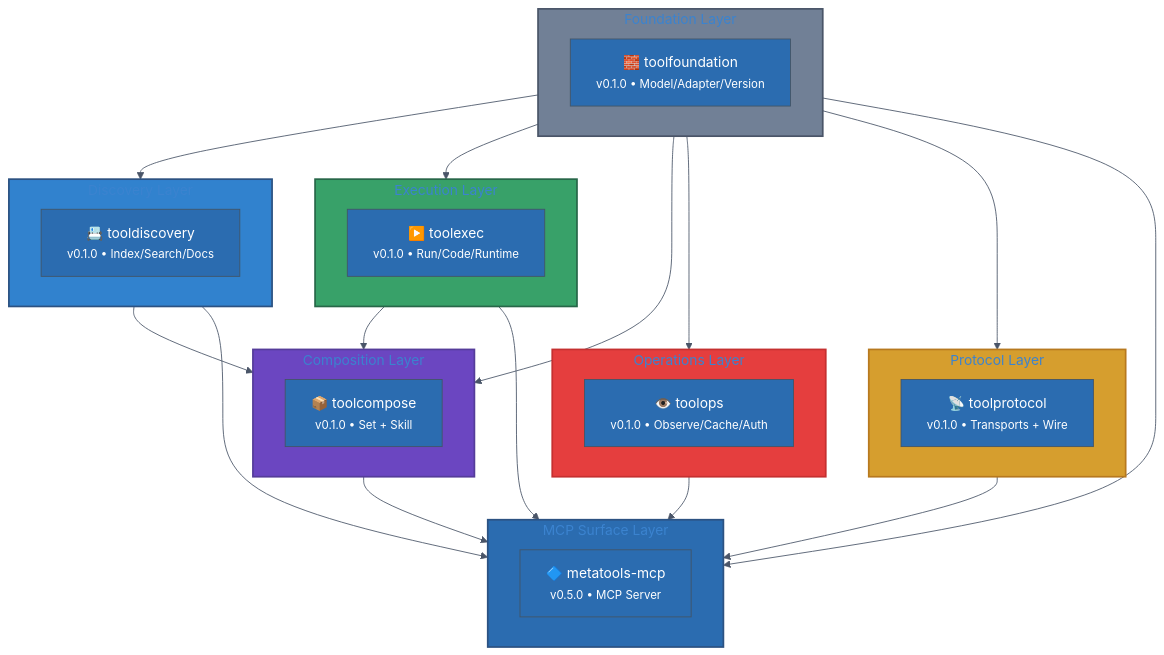
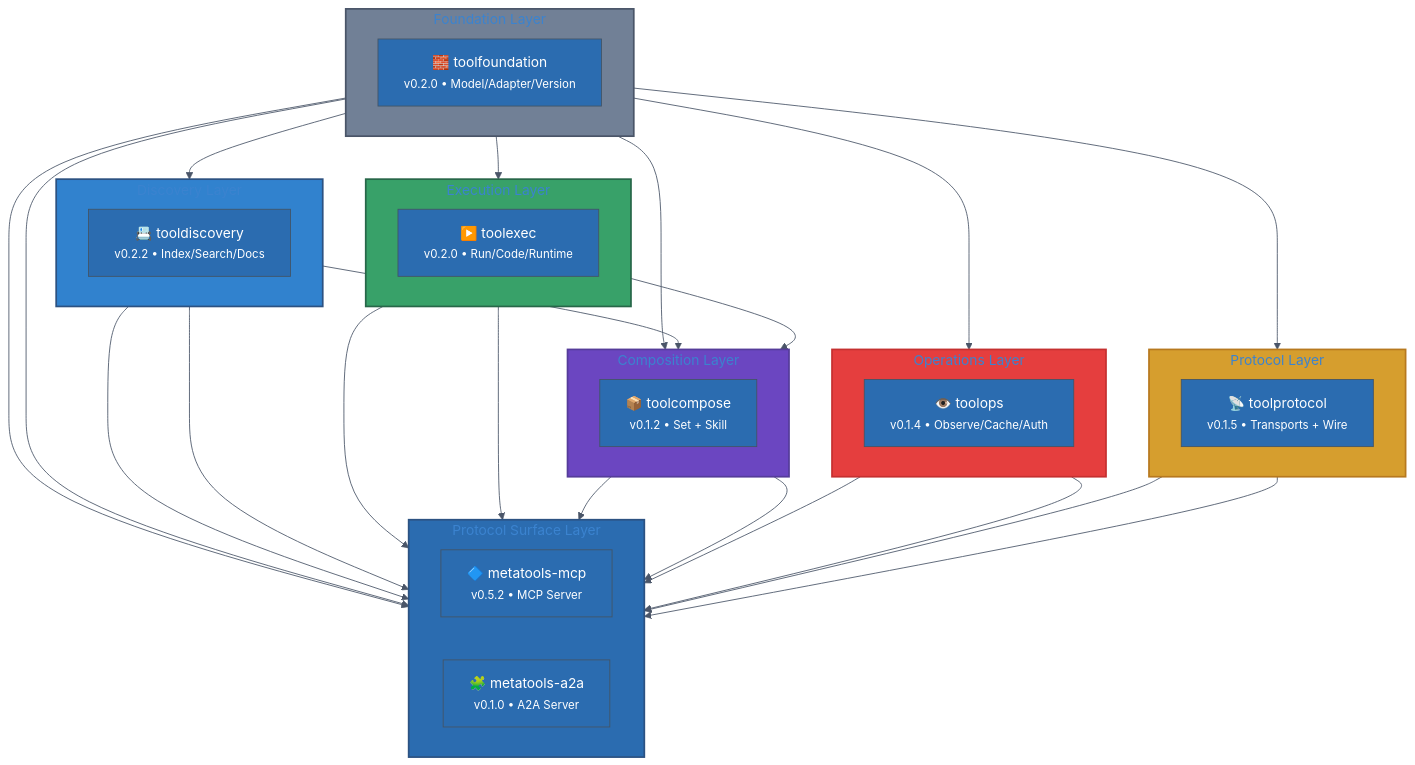
Before and after one commit to jonwraymond/ai-tools-stack: the second of 7 diagrams in docs/architecture/overview.md, drawn with Mermaid. The commit also changed other lines of this file and 34 other files, not shown here.

````diff
--- a/docs/architecture/overview.md
+++ b/docs/architecture/overview.md
@@ -52,62 +60,70 @@
 ```mermaid
 %%{init: {'theme': 'base', 'themeVariables': {'primaryColor': '#2b6cb0', 'primaryTextColor': '#fff', 'lineColor': '#4a5568'}}}%%
 flowchart TB
-    subgraph surface["MCP Surface Layer"]
+    subgraph surface["Protocol Surface Layer"]
         direction LR
-        metatools["🔷 metatools-mcp<br/><small>v0.5.0 • MCP Server</small>"]
+        metatools["🔷 metatools-mcp<br/><small>v0.5.2 • MCP Server</small>"]
+        metatoolsA2A["🧩 metatools-a2a<br/><small>v0.1.0 • A2A Server</small>"]
     end
 
     subgraph protocol["Protocol Layer"]
         direction LR
-        toolprotocol["📡 toolprotocol<br/><small>v0.1.0 • Transports + Wire</small>"]
+        toolprotocol["📡 toolprotocol<br/><small>v0.1.5 • Transports + Wire</small>"]
     end
 
     subgraph operations["Operations Layer"]
         direction LR
-        toolops["👁️ toolops<br/><small>v0.1.0 • Observe/Cache/Auth</small>"]
+        toolops["👁️ toolops<br/><small>v0.1.4 • Observe/Cache/Auth</small>"]
     end
 
     subgraph composition["Composition Layer"]
         direction LR
-        toolcompose["📦 toolcompose<br/><small>v0.1.0 • Set + Skill</small>"]
+        toolcompose["📦 toolcompose<br/><small>v0.1.2 • Set + Skill</small>"]
     end
 
     subgraph execution["Execution Layer"]
         direction LR
-        toolexec["▶️ toolexec<br/><small>v0.1.0 • Run/Code/Runtime</small>"]
+        toolexec["▶️ toolexec<br/><small>v0.2.0 • Run/Code/Runtime</small>"]
     end
 
     subgraph discovery["Discovery Layer"]
         direction LR
-        tooldiscovery["📇 tooldiscovery<br/><small>v0.1.0 • Index/Search/Docs</small>"]
+        tooldiscovery["📇 tooldiscovery<br/><small>v0.2.2 • Index/Search/Docs</small>"]
     end
 
     subgraph foundation["Foundation Layer"]
         direction LR
-        toolfoundation["🧱 toolfoundation<br/><small>v0.1.0 • Model/Adapter/Version</small>"]
+        toolfoundation["🧱 toolfoundation<br/><small>v0.2.0 • Model/Adapter/Version</small>"]
     end
 
     toolfoundation --> tooldiscovery
     toolfoundation --> toolexec
     toolfoundation --> toolprotocol
     toolfoundation --> toolops
     toolfoundation --> toolcompose
 
     tooldiscovery --> toolcompose
     toolexec --> toolcompose
 
     toolprotocol --> metatools
     toolops --> metatools
     toolcompose --> metatools
     toolexec --> metatools
     tooldiscovery --> metatools
     toolfoundation --> metatools
 
+    toolprotocol --> metatoolsA2A
+    toolops --> metatoolsA2A
+    toolcompose --> metatoolsA2A
+    toolexec --> metatoolsA2A
+    tooldiscovery --> metatoolsA2A
+    toolfoundation --> metatoolsA2A
+
     style surface fill:#2b6cb0,stroke:#2c5282,stroke-width:2px
     style protocol fill:#d69e2e,stroke:#b7791f,stroke-width:2px
     style operations fill:#e53e3e,stroke:#c53030,stroke-width:2px
     style composition fill:#6b46c1,stroke:#553c9a,stroke-width:2px
     style execution fill:#38a169,stroke:#276749,stroke-width:2px
     style discovery fill:#3182ce,stroke:#2c5282,stroke-width:2px
     style foundation fill:#718096,stroke:#4a5568,stroke-width:2px
 ```
````
